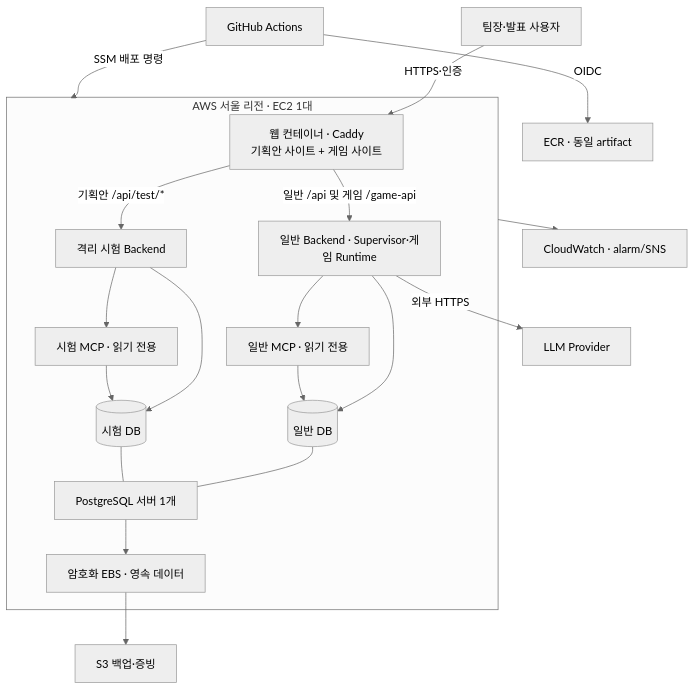
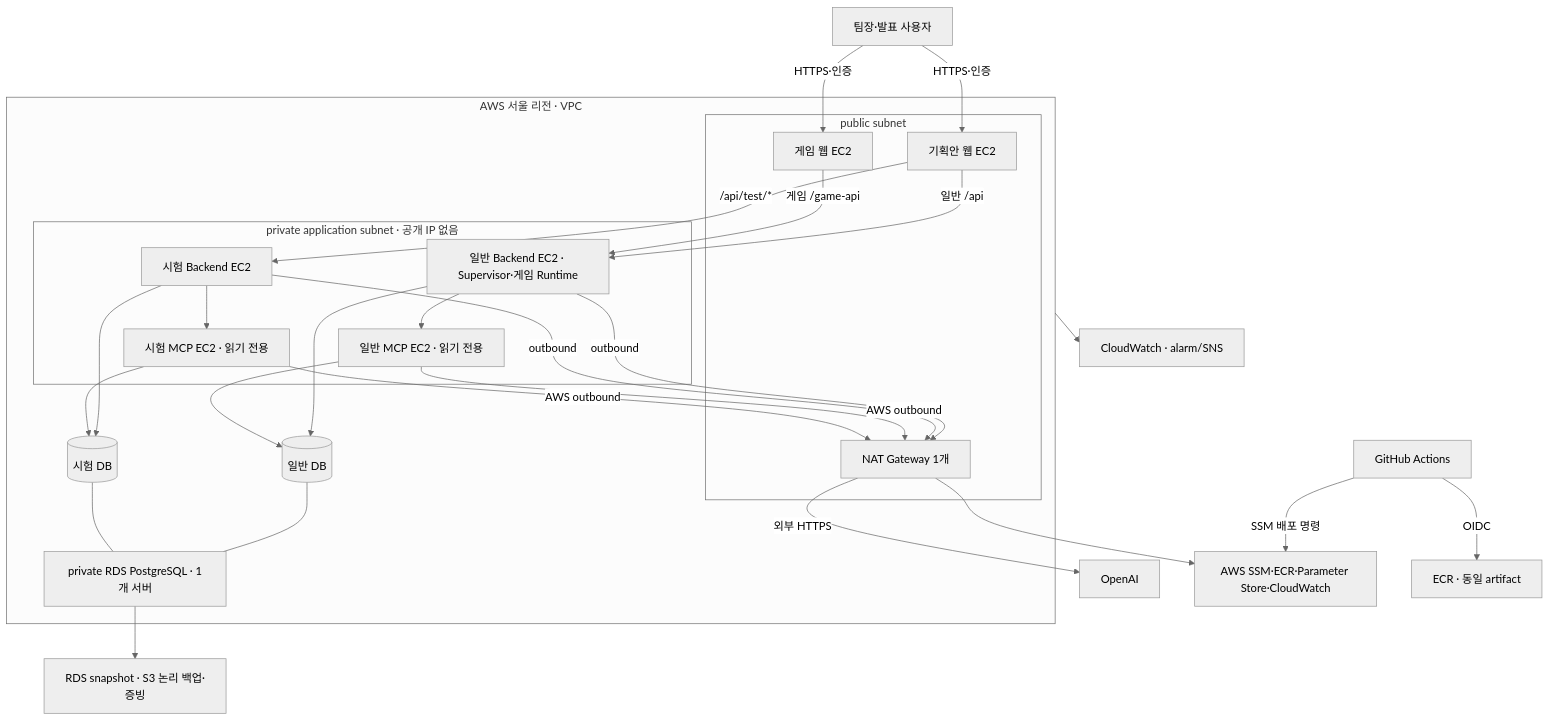
Before and after one commit to encore-ai-campus/aio-01-p3-team2: the first of 2 diagrams in docs/ik/기획안설계/23_AWS_배포_CICD_계획.md, drawn with Mermaid (neutral theme). The commit also changed other lines of this file and 6 other files, not shown here.

````diff
--- a/docs/ik/기획안설계/23_AWS_배포_CICD_계획.md
+++ b/docs/ik/기획안설계/23_AWS_배포_CICD_계획.md
@@ -72,23 +72,37 @@
 ```mermaid
 flowchart TB
   User[팀장·발표 사용자] -->|HTTPS·인증| Web
-  subgraph AWS[AWS 서울 리전 · EC2 1대]
-    Web[웹 컨테이너 · Caddy\n기획안 사이트 + 게임 사이트]
-    Web -->|일반 /api 및 게임 /game-api| API[일반 Backend · Supervisor·게임 Runtime]
-    Web -->|기획안 /api/test/*| Lab[격리 시험 Backend]
-    API --> MCP[일반 MCP · 읽기 전용]
-    Lab --> LMCP[시험 MCP · 읽기 전용]
+  User -->|HTTPS·인증| Game
+  subgraph AWS[AWS 서울 리전 · VPC]
+    subgraph Public[public subnet]
+      Web[기획안 웹 EC2]
+      Game[게임 웹 EC2]
+      NAT[NAT Gateway 1개]
+    end
+    subgraph Private[private application subnet · 공개 IP 없음]
+    API[일반 Backend EC2 · Supervisor·게임 Runtime]
+    Lab[시험 Backend EC2]
+    API --> MCP[일반 MCP EC2 · 읽기 전용]
+    Lab --> LMCP[시험 MCP EC2 · 읽기 전용]
+    end
+    Web -->|일반 /api| API
+    Game -->|게임 /game-api| API
+    Web -->|/api/test/*| Lab
     API --> Main[(일반 DB)]
     MCP --> Main
     Lab --> Fault[(시험 DB)]
     LMCP --> Fault
-    Main --- PG[PostgreSQL 서버 1개]
+    Main --- PG[private RDS PostgreSQL · 1개 서버]
     Fault --- PG
-    PG --> Disk[암호화 EBS · 영속 데이터]
+    API -->|outbound| NAT
+    Lab -->|outbound| NAT
+    MCP -->|AWS outbound| NAT
+    LMCP -->|AWS outbound| NAT
   end
-  API -->|외부 HTTPS| LLM[LLM Provider]
-  Disk --> Backup[S3 백업·증빙]
+  NAT -->|외부 HTTPS| LLM[OpenAI]
+  NAT --> Services[AWS SSM·ECR·Parameter Store·CloudWatch]
+  PG --> Backup[RDS snapshot · S3 논리 백업·증빙]
   AWS --> Obs[CloudWatch · alarm/SNS]
   Actions[GitHub Actions] -->|OIDC| ECR[ECR · 동일 artifact]
-  Actions -->|SSM 배포 명령| AWS
+  Actions -->|SSM 배포 명령| Services
 ```
````
